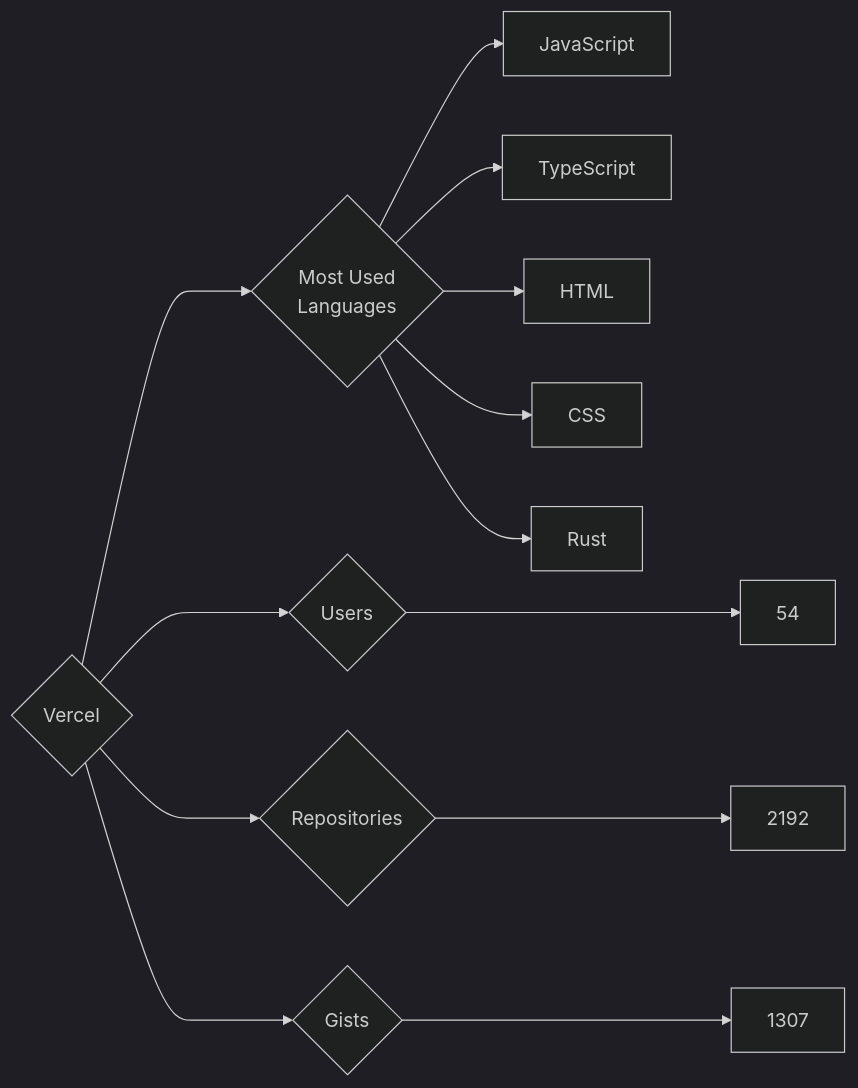
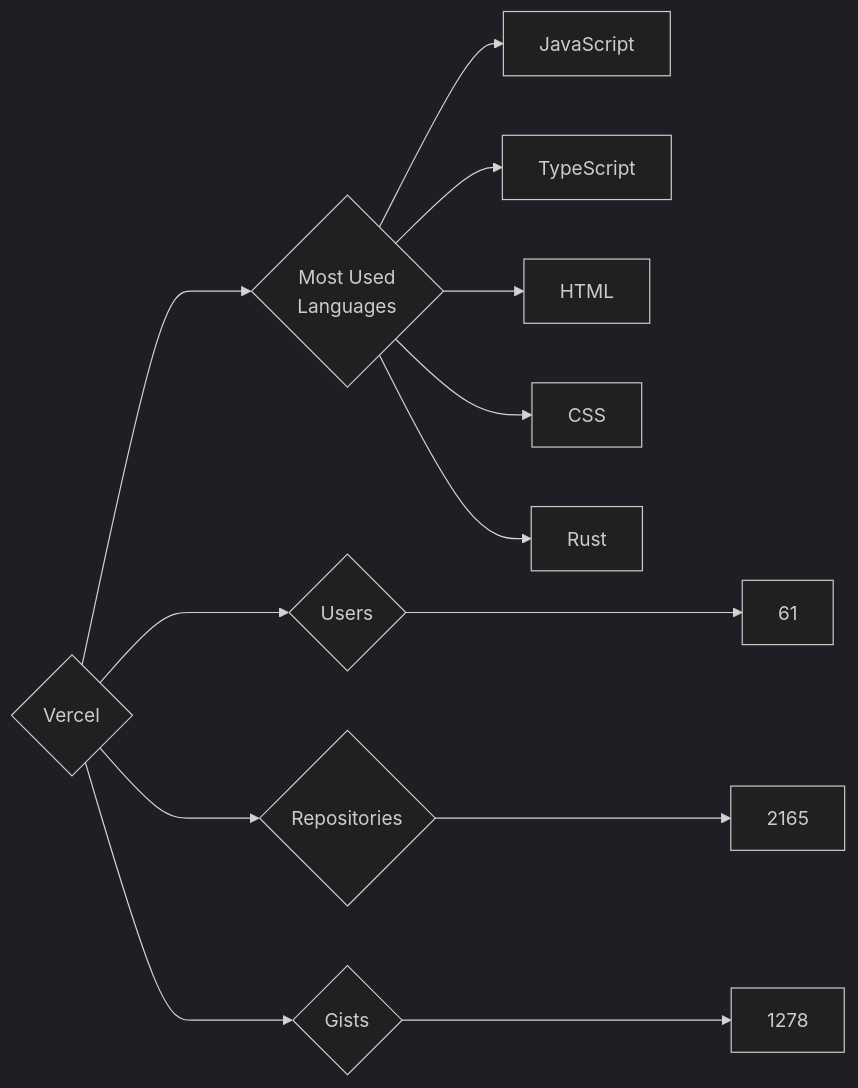
The diagram in targets/Vercel/README.md (trickest/insiders), drawn with Mermaid (dark theme) before and after one commit. The commit also changed 965 other files, not shown here.

````diff
--- a/targets/Vercel/README.md
+++ b/targets/Vercel/README.md
@@ -3,13 +3,13 @@
 ```mermaid
 graph LR
 COMPANY_NAME{Vercel}
-COMPANY_NAME ---> U{Users} ---> UN[54]
-COMPANY_NAME ---> R{Repositories} ---> RN[2192]
-COMPANY_NAME ---> G{Gists} ---> GN[1307]
+COMPANY_NAME ---> U{Users} ---> UN[61]
+COMPANY_NAME ---> R{Repositories} ---> RN[2165]
+COMPANY_NAME ---> G{Gists} ---> GN[1278]
 COMPANY_NAME ---> ML{Most Used<br>Languages}
 ML --> JavaScript[JavaScript]
 ML --> TypeScript[TypeScript]
 ML --> HTML[HTML]
 ML --> CSS[CSS]
 ML --> Rust[Rust]
 ```
````
